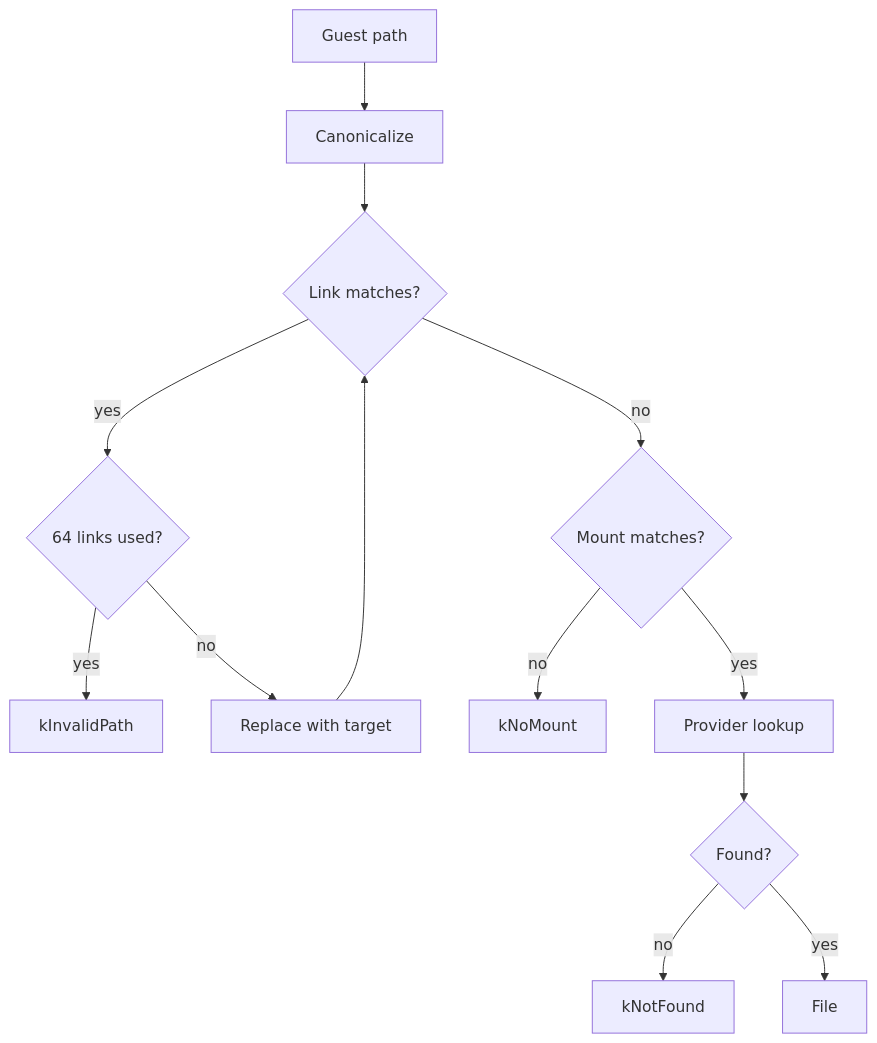
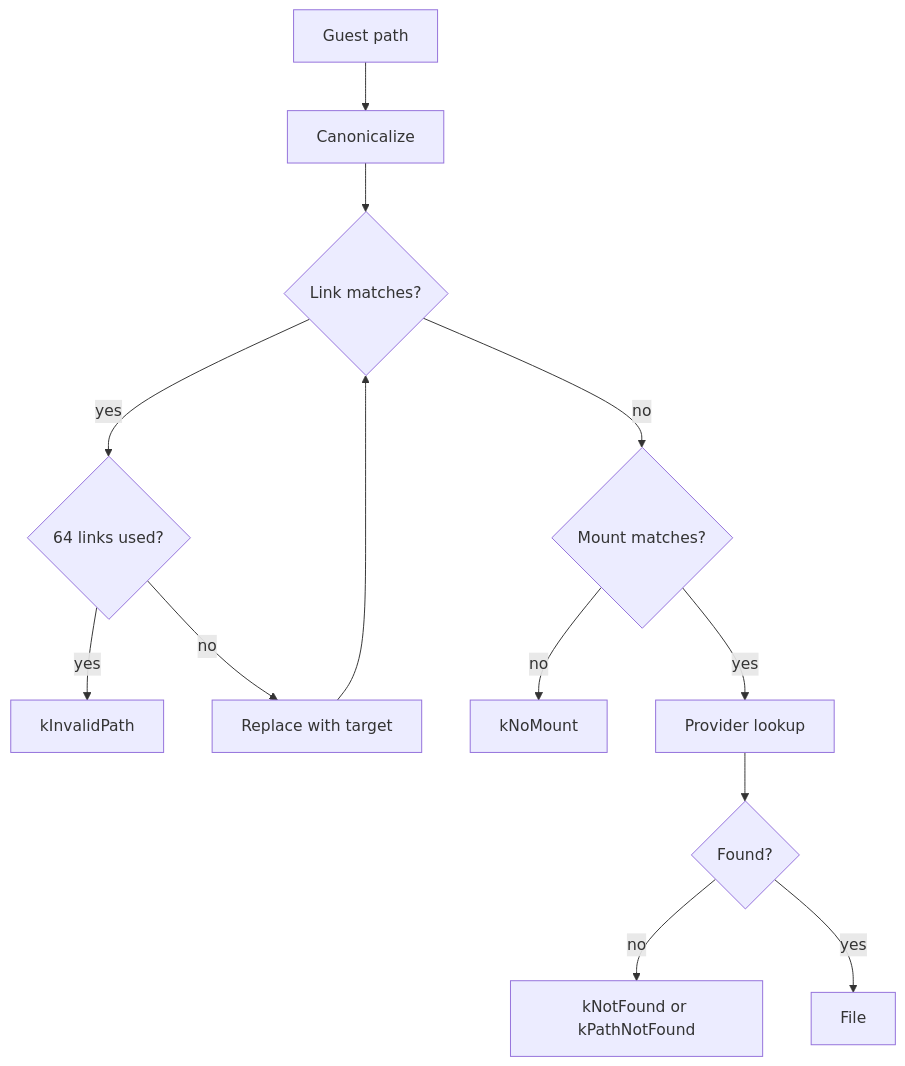
The first of 2 diagrams in docs/site/pages/filesystem/filesystem.md (rexglue/rexglue-sdk), drawn with Mermaid before and after one commit. The commit also changed other lines of this file and 9 other files, not shown here.

````diff
--- a/docs/site/pages/filesystem/filesystem.md
+++ b/docs/site/pages/filesystem/filesystem.md
@@ -73,15 +73,15 @@
 ```mermaid
 flowchart TD
     A["Guest path"] --> B["Canonicalize"]
     B --> C{"Link matches?"}
     C -- yes --> D{"64 links used?"}
     D -- yes --> X1["kInvalidPath"]
     D -- no --> E["Replace with target"]
     E --> C
     C -- no --> F{"Mount matches?"}
     F -- no --> X2["kNoMount"]
     F -- yes --> G["Provider lookup"]
     G --> H{"Found?"}
-    H -- no --> X3["kNotFound"]
+    H -- no --> X3["kNotFound or kPathNotFound"]
     H -- yes --> I["File"]
 ```
````
